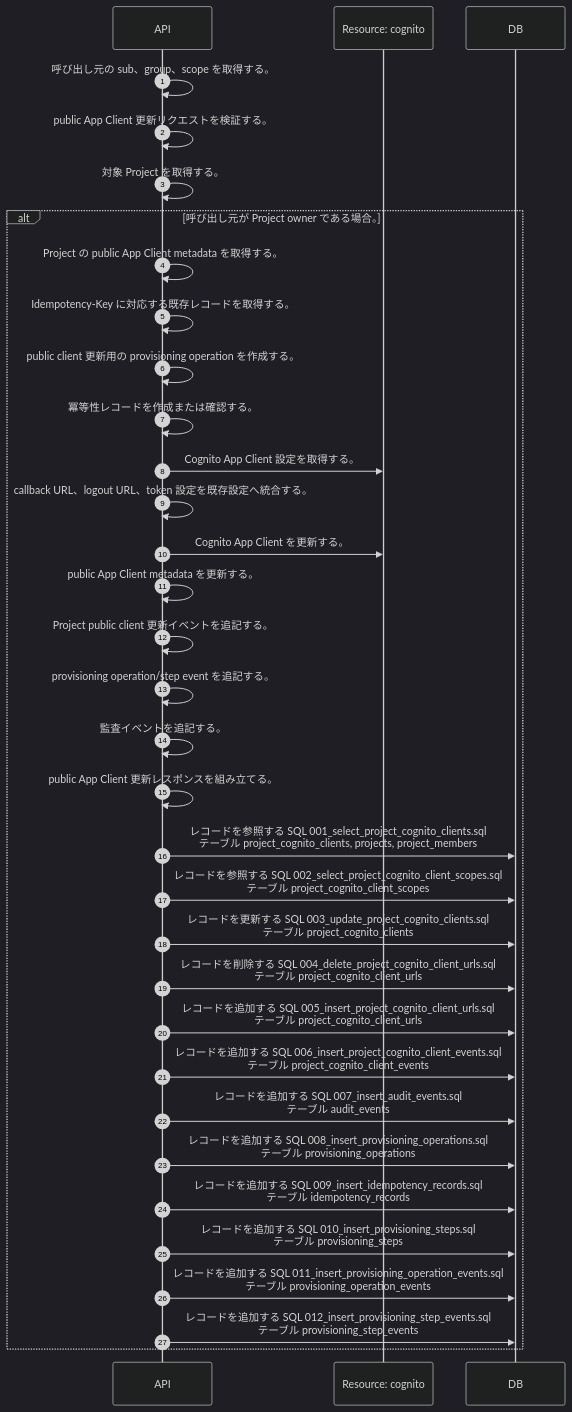
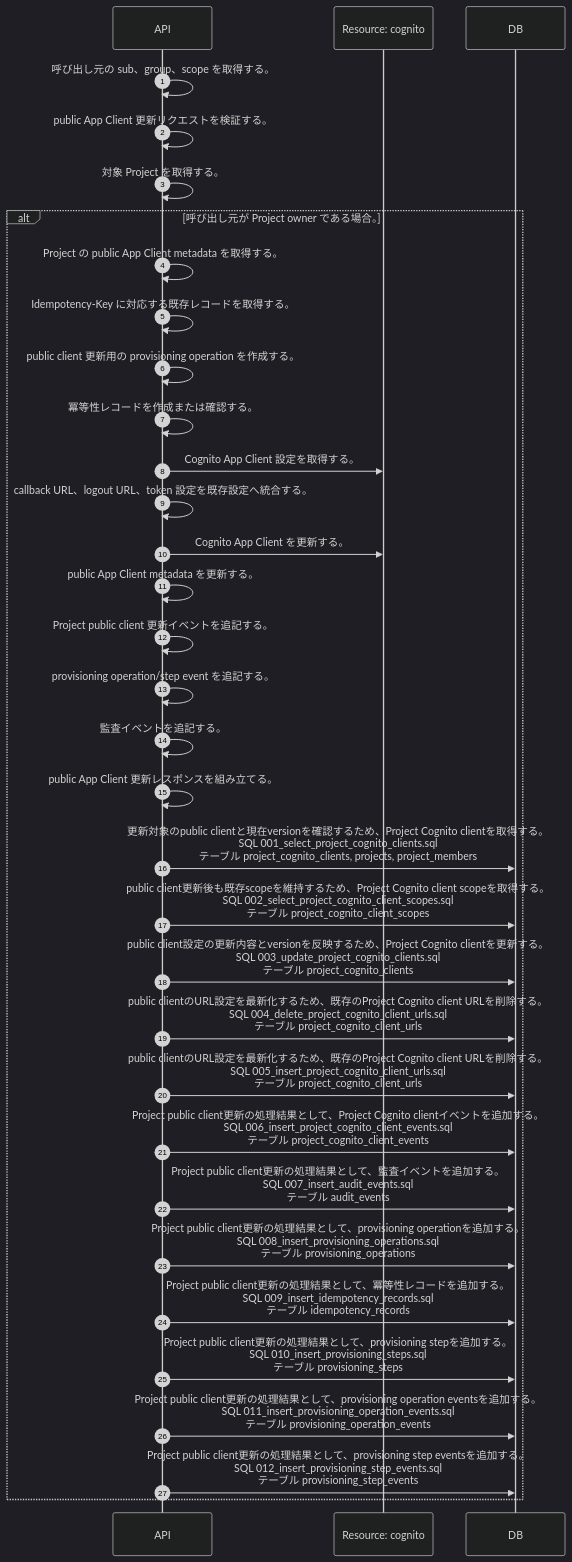
The diagram in docs/spec/40.apis/projects/update_project_public_client/sequence_gen.md (tsuji-tomonori/lazunex), drawn with Mermaid (dark theme) before and after one commit. The commit also changed 117 other files, not shown here.

Commit message:
📝 docs(api): SQL意図をシーケンスへ伝播

````diff
--- a/docs/spec/40.apis/projects/update_project_public_client/sequence_gen.md
+++ b/docs/spec/40.apis/projects/update_project_public_client/sequence_gen.md
@@ -5,36 +5,36 @@
 ```mermaid
 sequenceDiagram
   autonumber
   participant API as API
   participant R_cognito as Resource: cognito
   participant DB as DB
   API->>API: 呼び出し元の sub、group、scope を取得する。
   API->>API: public App Client 更新リクエストを検証する。
   API->>API: 対象 Project を取得する。
   alt 呼び出し元が Project owner である場合。
     API->>API: Project の public App Client metadata を取得する。
     API->>API: Idempotency-Key に対応する既存レコードを取得する。
     API->>API: public client 更新用の provisioning operation を作成する。
     API->>API: 冪等性レコードを作成または確認する。
     API->>R_cognito: Cognito App Client 設定を取得する。
     API->>API: callback URL、logout URL、token 設定を既存設定へ統合する。
     API->>R_cognito: Cognito App Client を更新する。
     API->>API: public App Client metadata を更新する。
     API->>API: Project public client 更新イベントを追記する。
     API->>API: provisioning operation/step event を追記する。
     API->>API: 監査イベントを追記する。
     API->>API: public App Client 更新レスポンスを組み立てる。
-    API->>DB: レコードを参照する SQL 001_select_project_cognito_clients.sql<br/>テーブル project_cognito_clients, projects, project_members
-    API->>DB: レコードを参照する SQL 002_select_project_cognito_client_scopes.sql<br/>テーブル project_cognito_client_scopes
-    API->>DB: レコードを更新する SQL 003_update_project_cognito_clients.sql<br/>テーブル project_cognito_clients
-    API->>DB: レコードを削除する SQL 004_delete_project_cognito_client_urls.sql<br/>テーブル project_cognito_client_urls
-    API->>DB: レコードを追加する SQL 005_insert_project_cognito_client_urls.sql<br/>テーブル project_cognito_client_urls
-    API->>DB: レコードを追加する SQL 006_insert_project_cognito_client_events.sql<br/>テーブル project_cognito_client_events
-    API->>DB: レコードを追加する SQL 007_insert_audit_events.sql<br/>テーブル audit_events
-    API->>DB: レコードを追加する SQL 008_insert_provisioning_operations.sql<br/>テーブル provisioning_operations
-    API->>DB: レコードを追加する SQL 009_insert_idempotency_records.sql<br/>テーブル idempotency_records
-    API->>DB: レコードを追加する SQL 010_insert_provisioning_steps.sql<br/>テーブル provisioning_steps
-    API->>DB: レコードを追加する SQL 011_insert_provisioning_operation_events.sql<br/>テーブル provisioning_operation_events
-    API->>DB: レコードを追加する SQL 012_insert_provisioning_step_events.sql<br/>テーブル provisioning_step_events
+    API->>DB: 更新対象のpublic clientと現在versionを確認するため、Project Cognito clientを取得する。<br/>SQL 001_select_project_cognito_clients.sql<br/>テーブル project_cognito_clients, projects, project_members
+    API->>DB: public client更新後も既存scopeを維持するため、Project Cognito client scopeを取得する。<br/>SQL 002_select_project_cognito_client_scopes.sql<br/>テーブル project_cognito_client_scopes
+    API->>DB: public client設定の更新内容とversionを反映するため、Project Cognito clientを更新する。<br/>SQL 003_update_project_cognito_clients.sql<br/>テーブル project_cognito_clients
+    API->>DB: public clientのURL設定を最新化するため、既存のProject Cognito client URLを削除する。<br/>SQL 004_delete_project_cognito_client_urls.sql<br/>テーブル project_cognito_client_urls
+    API->>DB: public clientのURL設定を最新化するため、既存のProject Cognito client URLを削除する。<br/>SQL 005_insert_project_cognito_client_urls.sql<br/>テーブル project_cognito_client_urls
+    API->>DB: Project public client更新の処理結果として、Project Cognito clientイベントを追加する。<br/>SQL 006_insert_project_cognito_client_events.sql<br/>テーブル project_cognito_client_events
+    API->>DB: Project public client更新の処理結果として、監査イベントを追加する。<br/>SQL 007_insert_audit_events.sql<br/>テーブル audit_events
+    API->>DB: Project public client更新の処理結果として、provisioning operationを追加する。<br/>SQL 008_insert_provisioning_operations.sql<br/>テーブル provisioning_operations
+    API->>DB: Project public client更新の処理結果として、冪等性レコードを追加する。<br/>SQL 009_insert_idempotency_records.sql<br/>テーブル idempotency_records
+    API->>DB: Project public client更新の処理結果として、provisioning stepを追加する。<br/>SQL 010_insert_provisioning_steps.sql<br/>テーブル provisioning_steps
+    API->>DB: Project public client更新の処理結果として、provisioning operation eventsを追加する。<br/>SQL 011_insert_provisioning_operation_events.sql<br/>テーブル provisioning_operation_events
+    API->>DB: Project public client更新の処理結果として、provisioning step eventsを追加する。<br/>SQL 012_insert_provisioning_step_events.sql<br/>テーブル provisioning_step_events
   end
 ```
````
